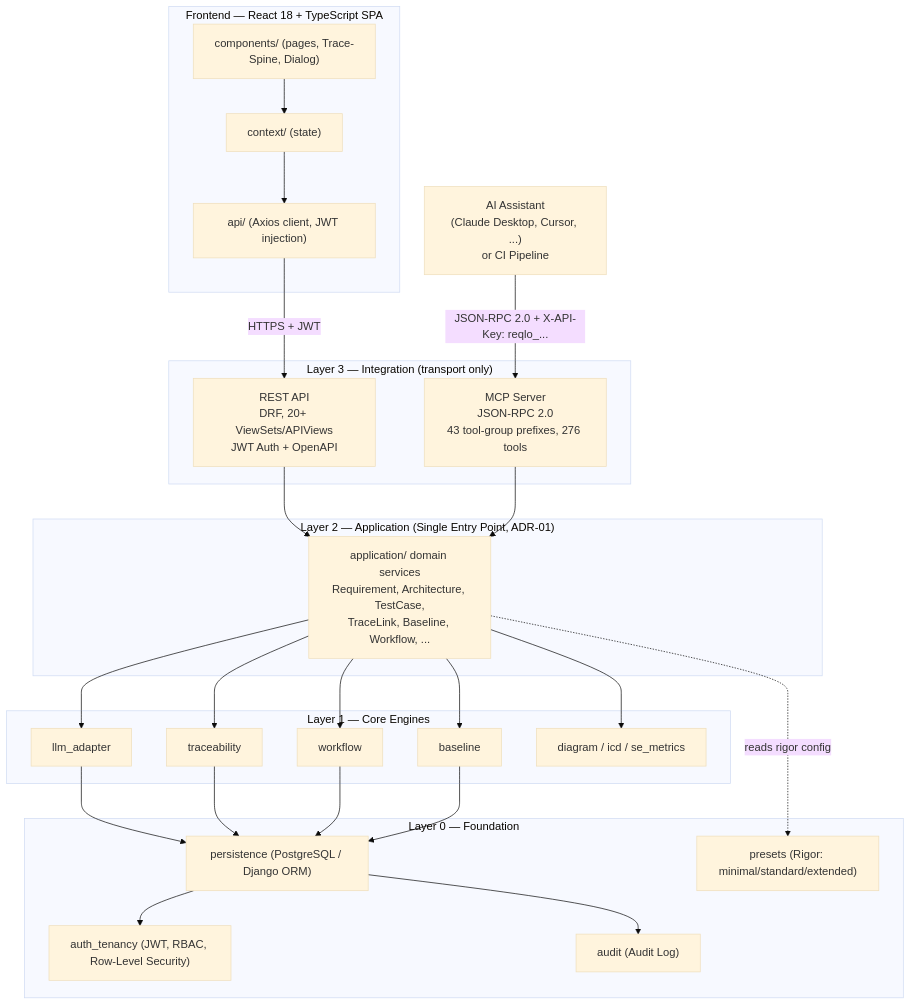
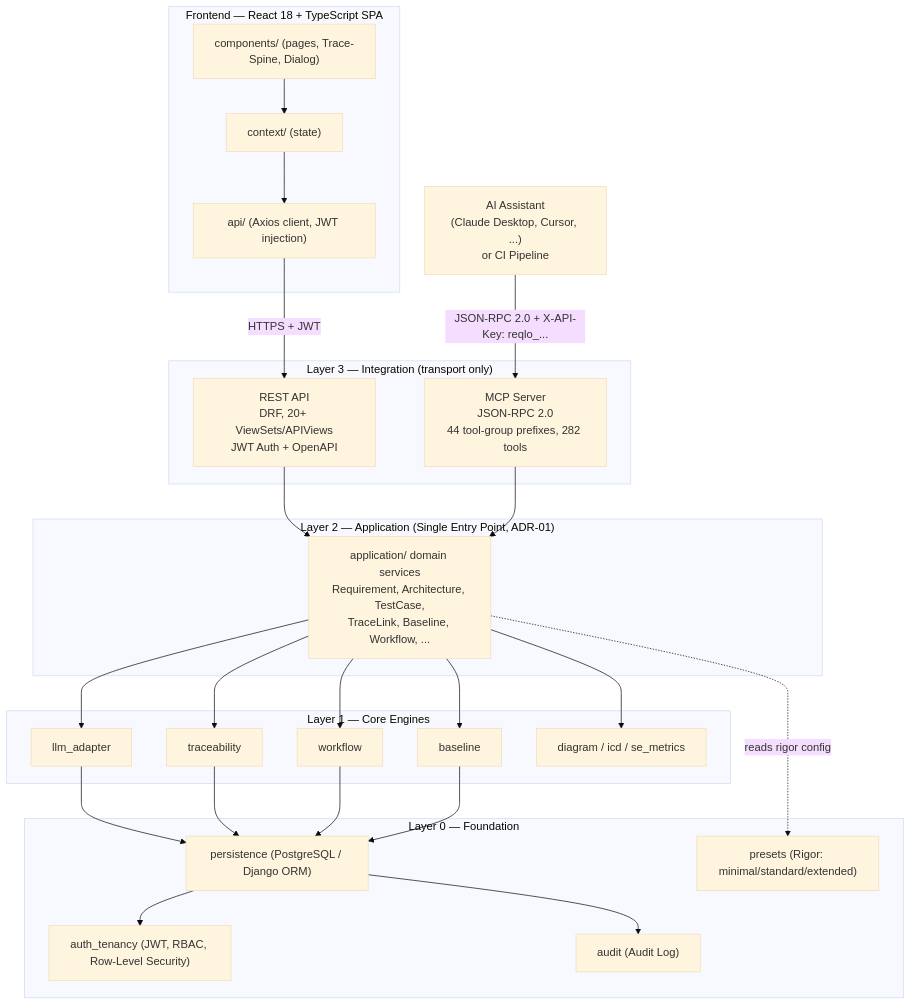
Before and after one commit to Popoboxxo/ReqogniLoom: the first of 3 diagrams in README.md, drawn with Mermaid (base theme). The commit also changed other lines of this file and 26 other files, not shown here.

````diff
--- a/README.md
+++ b/README.md
@@ -101,53 +101,53 @@
 ```mermaid
 graph TD
     subgraph FE["Frontend — React 18 + TypeScript SPA"]
         UI["components/ (pages, Trace-Spine, Dialog)"]
         CTX["context/ (state)"]
         APICLIENT["api/ (Axios client, JWT injection)"]
         UI --> CTX --> APICLIENT
     end
 
     EXT["AI Assistant<br/>(Claude Desktop, Cursor, ...)<br/>or CI Pipeline"]
 
     subgraph L3["Layer 3 — Integration (transport only)"]
         REST["REST API<br/>DRF, 20+ ViewSets/APIViews<br/>JWT Auth + OpenAPI"]
-        MCP["MCP Server<br/>JSON-RPC 2.0<br/>43 tool-group prefixes, 276 tools"]
+        MCP["MCP Server<br/>JSON-RPC 2.0<br/>44 tool-group prefixes, 282 tools"]
     end
 
     subgraph L2["Layer 2 — Application (Single Entry Point, ADR-01)"]
         APP["application/ domain services<br/>Requirement, Architecture, TestCase,<br/>TraceLink, Baseline, Workflow, ..."]
     end
 
     subgraph L1["Layer 1 — Core Engines"]
         LLM["llm_adapter"]
         TRACE["traceability"]
         WF["workflow"]
         BASE["baseline"]
         DIAG["diagram / icd / se_metrics"]
     end
 
     subgraph L0["Layer 0 — Foundation"]
         PERSIST["persistence (PostgreSQL / Django ORM)"]
         AUTH["auth_tenancy (JWT, RBAC, Row-Level Security)"]
         PRESET["presets (Rigor: minimal/standard/extended)"]
         AUDIT["audit (Audit Log)"]
     end
 
     APICLIENT -->|"HTTPS + JWT"| REST
     EXT -->|"JSON-RPC 2.0 + X-API-Key: reqlo_..."| MCP
 
     REST --> APP
     MCP --> APP
     APP --> LLM
     APP --> TRACE
     APP --> WF
     APP --> BASE
     APP --> DIAG
     APP -.->|"reads rigor config"| PRESET
     LLM --> PERSIST
     TRACE --> PERSIST
     WF --> PERSIST
     BASE --> PERSIST
     PERSIST --> AUTH
     PERSIST --> AUDIT
 ```
````
